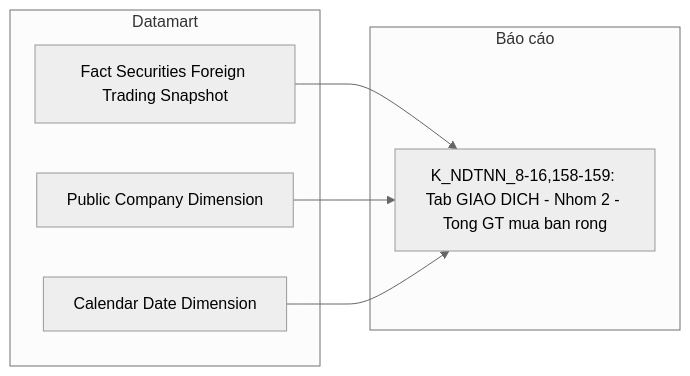
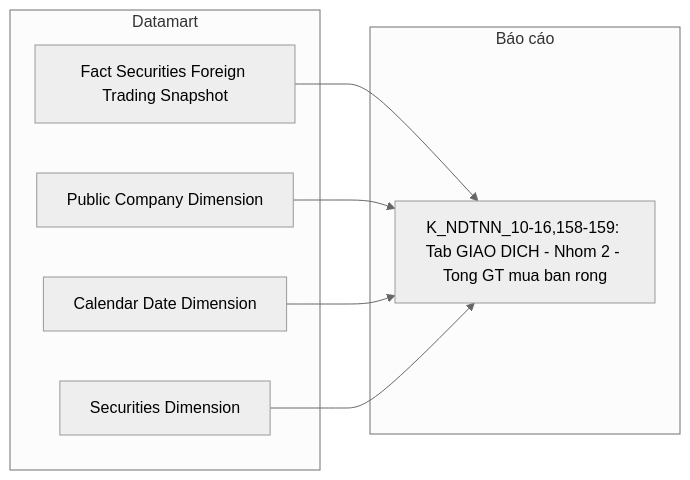
Before and after one commit to linhlvit/ubck_atomic_design: diagram 11 of 26 in Datamart/hld/DTM_NDTNN_HLD.md, drawn with Mermaid (neutral theme). The commit also changed other lines of this file and 62 other files, not shown here.

````diff
--- a/Datamart/hld/DTM_NDTNN_HLD.md
+++ b/Datamart/hld/DTM_NDTNN_HLD.md
@@ -451,14 +495,16 @@
 ```mermaid
 flowchart LR
     subgraph Datamart["Datamart"]
         G1["Fact Securities Foreign Trading Snapshot"]
         G2["Public Company Dimension"]
         G3["Calendar Date Dimension"]
+        G4["Securities Dimension"]
     end
     subgraph RPT["Báo cáo"]
-        R1["K_NDTNN_8-16,158-159: Tab GIAO DICH - Nhom 2 - Tong GT mua ban rong"]
+        R1["K_NDTNN_10-16,158-159: Tab GIAO DICH - Nhom 2 - Tong GT mua ban rong"]
     end
     G1 --> R1
     G2 --> R1
     G3 --> R1
+    G4 --> R1
 ```
````
